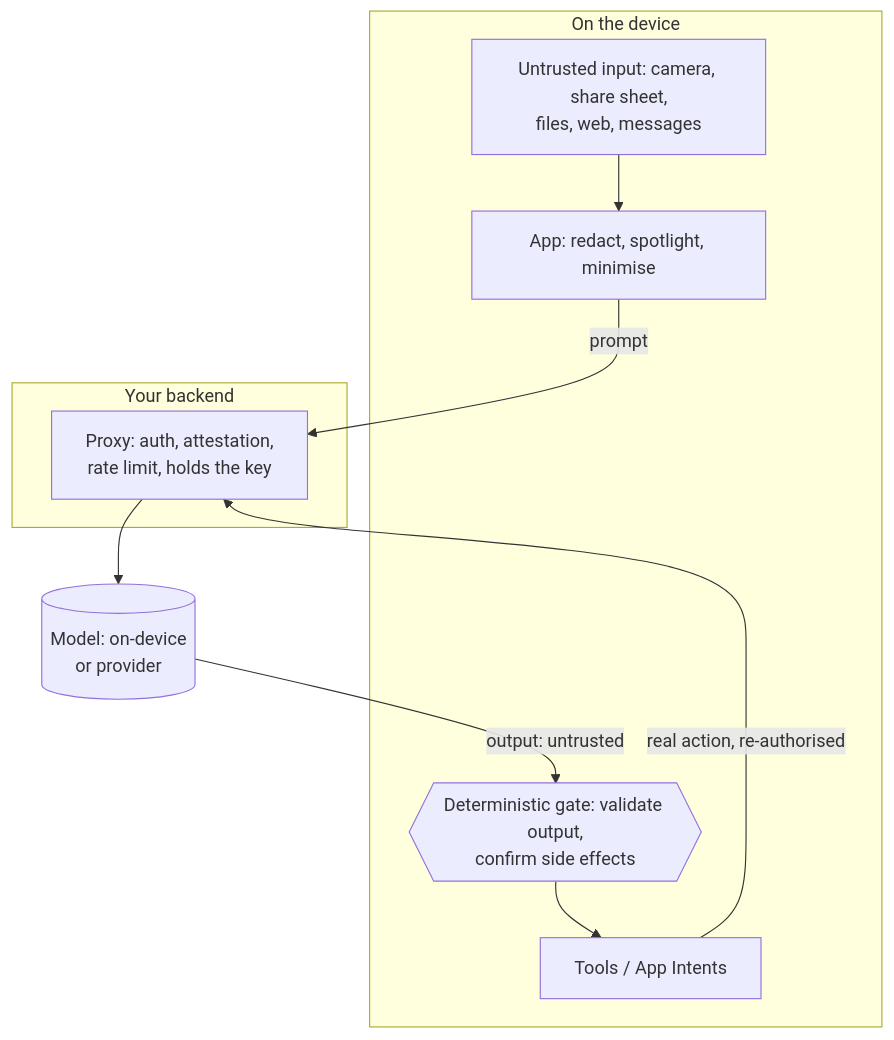
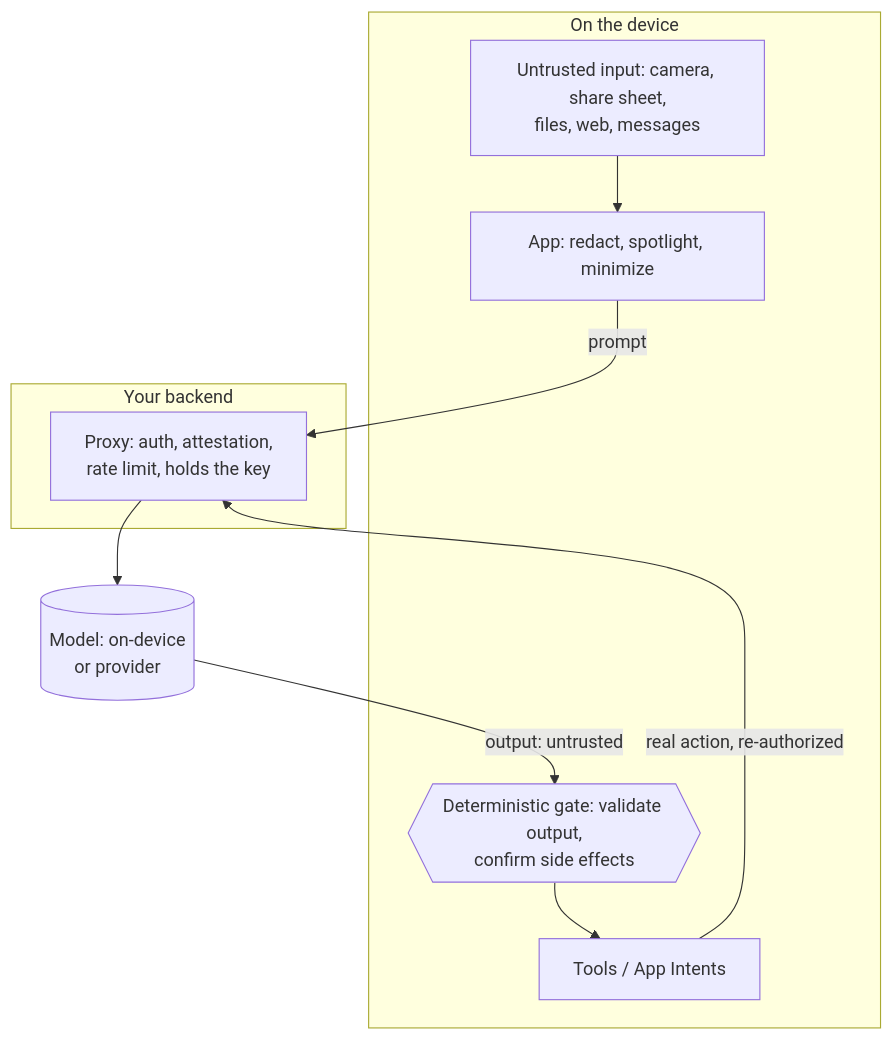
The fourth of 4 diagrams in book/07-platform-surfaces-and-new-frontiers.md (hossam9k/mobile-app-security), drawn with Mermaid before and after one commit. The commit also changed other lines of this file and 51 other files, not shown here.

````diff
--- a/book/07-platform-surfaces-and-new-frontiers.md
+++ b/book/07-platform-surfaces-and-new-frontiers.md
@@ -1195,19 +1195,19 @@
 ```mermaid
 flowchart TB
     subgraph device["On the device"]
         inp["Untrusted input: camera, share sheet,<br/>files, web, messages"]
-        app["App: redact, spotlight, minimise"]
+        app["App: redact, spotlight, minimize"]
         gate{{"Deterministic gate: validate output,<br/>confirm side effects"}}
         tools["Tools / App Intents"]
     end
     subgraph backend["Your backend"]
         proxy["Proxy: auth, attestation,<br/>rate limit, holds the key"]
     end
     model[("Model: on-device<br/>or provider")]
     inp --> app
     app -->|"prompt"| proxy
     proxy --> model
     model -->|"output: untrusted"| gate
     gate --> tools
-    tools -->|"real action, re-authorised"| proxy
+    tools -->|"real action, re-authorized"| proxy
 ```
````
